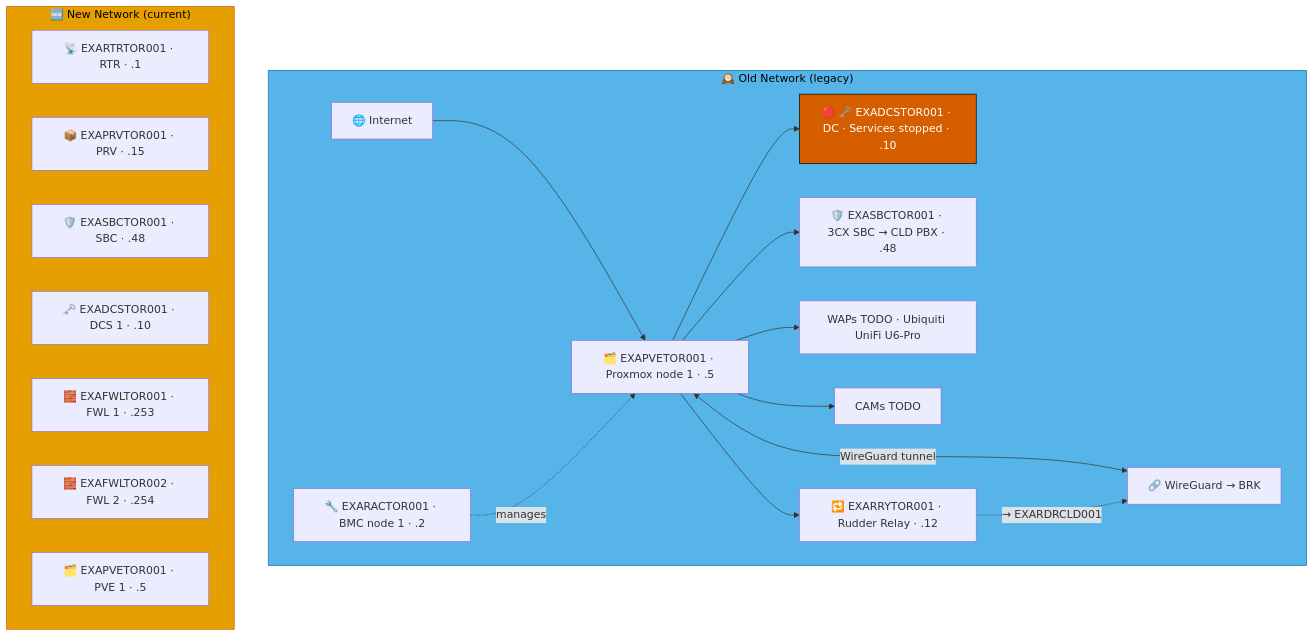
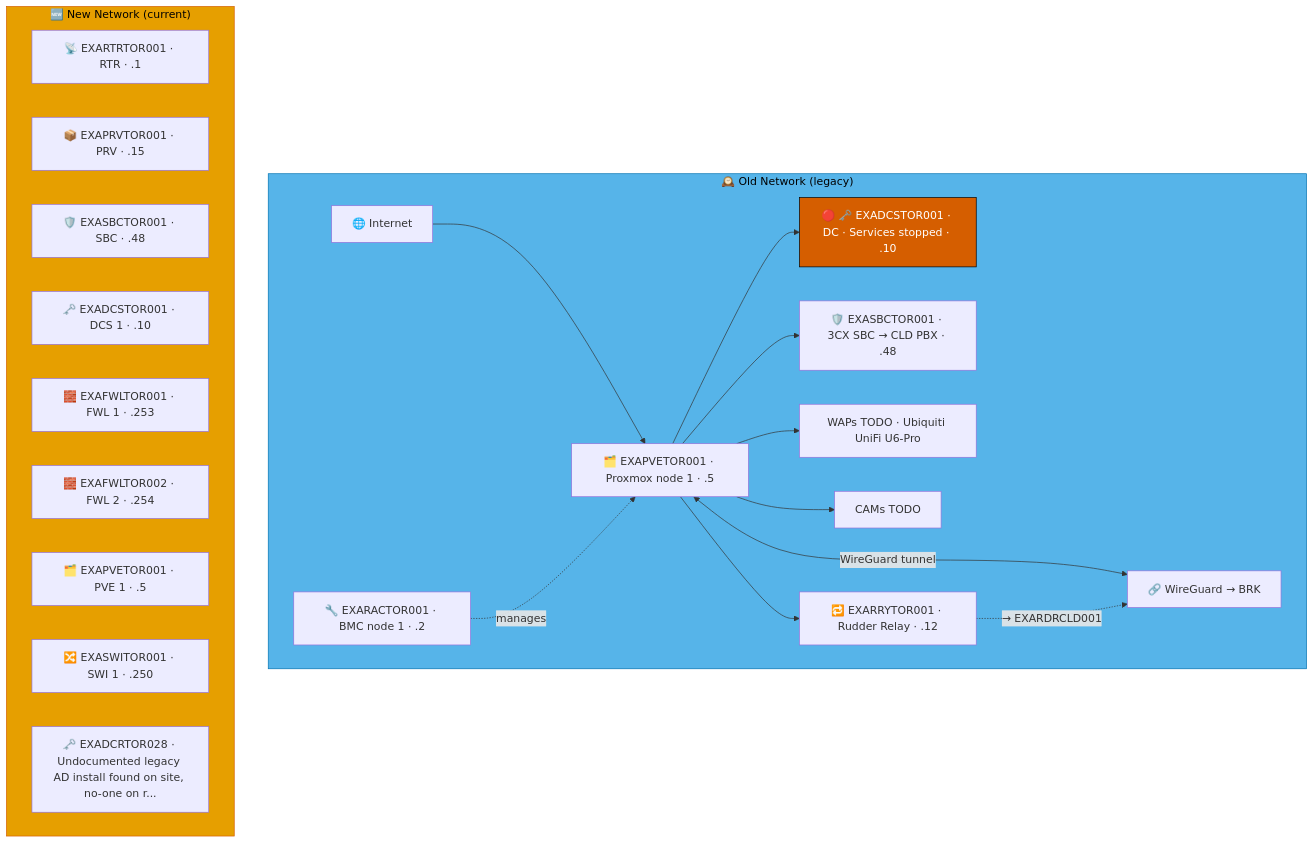
The second of 3 diagrams in docs/network-diagram/canada.md (knightmare2600/example_music_infra), drawn with Mermaid before and after one commit. The commit also changed other lines of this file and 12 other files, not shown here.

````diff
--- a/docs/network-diagram/canada.md
+++ b/docs/network-diagram/canada.md
@@ -88,37 +89,39 @@
 ```mermaid
 graph TD
     subgraph OLD_TOR ["🕰️ Old Network (legacy)"]
       INET["🌐 Internet"]
       RAC["🔧 EXARACTOR001 · BMC node 1 · .2"]
       PVE["🗂️ EXAPVETOR001 · Proxmox node 1 · .5"]
       DC["🔴 🗝️ EXADCSTOR001 · DC · Services stopped · .10"]
       SBC["🛡️ EXASBCTOR001 · 3CX SBC → CLD PBX · .48"]
       RRY["🔁 EXARRYTOR001 · Rudder Relay · .12"]
       WAP["WAPs TODO · Ubiquiti UniFi U6-Pro"]
       CAM["CAMs TODO"]
       VPN["🔗 WireGuard → BRK"]
 
       INET --> PVE --> DC & SBC
       RAC -.->|"manages"| PVE
       PVE --> WAP & CAM
       PVE <-->|"WireGuard tunnel"| VPN
 
       PVE --> RRY
       RRY -. "→ EXARDRCLD001" .-> VPN
     end
     style OLD_TOR fill:#56B4E9,stroke:#0072B2,color:#000000
     %% GENERATED:NEW-NETWORK:TOR:START
     subgraph NEW_TOR ["🆕 New Network (current)"]
       N_RTR["📡 EXARTRTOR001 · RTR · .1"]
       N_PRV["📦 EXAPRVTOR001 · PRV · .15"]
       N_SBC["🛡️ EXASBCTOR001 · SBC · .48"]
       N_DCS["🗝️ EXADCSTOR001 · DCS 1 · .10"]
       N_FWL["🧱 EXAFWLTOR001 · FWL 1 · .253"]
       N_FWL2["🧱 EXAFWLTOR002 · FWL 2 · .254"]
       N_PVE["🗂️ EXAPVETOR001 · PVE 1 · .5"]
+      N_SWI["🔀 EXASWITOR001 · SWI 1 · .250"]
+      N_DCR["🗝️ EXADCRTOR028 · Undocumented legacy AD install found on site, no-one on r..."]
     end
     style NEW_TOR fill:#E69F00,stroke:#D55E00,color:#000000
     %% GENERATED:NEW-NETWORK:TOR:END
     classDef warn fill:#D55E00,stroke:#000000,color:#ffffff
     class DC warn
 ```
````
